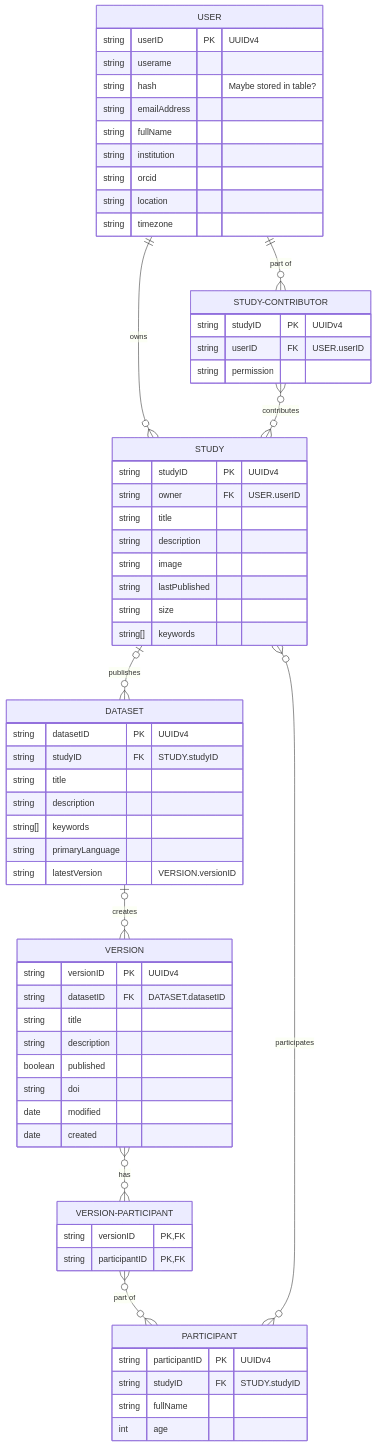
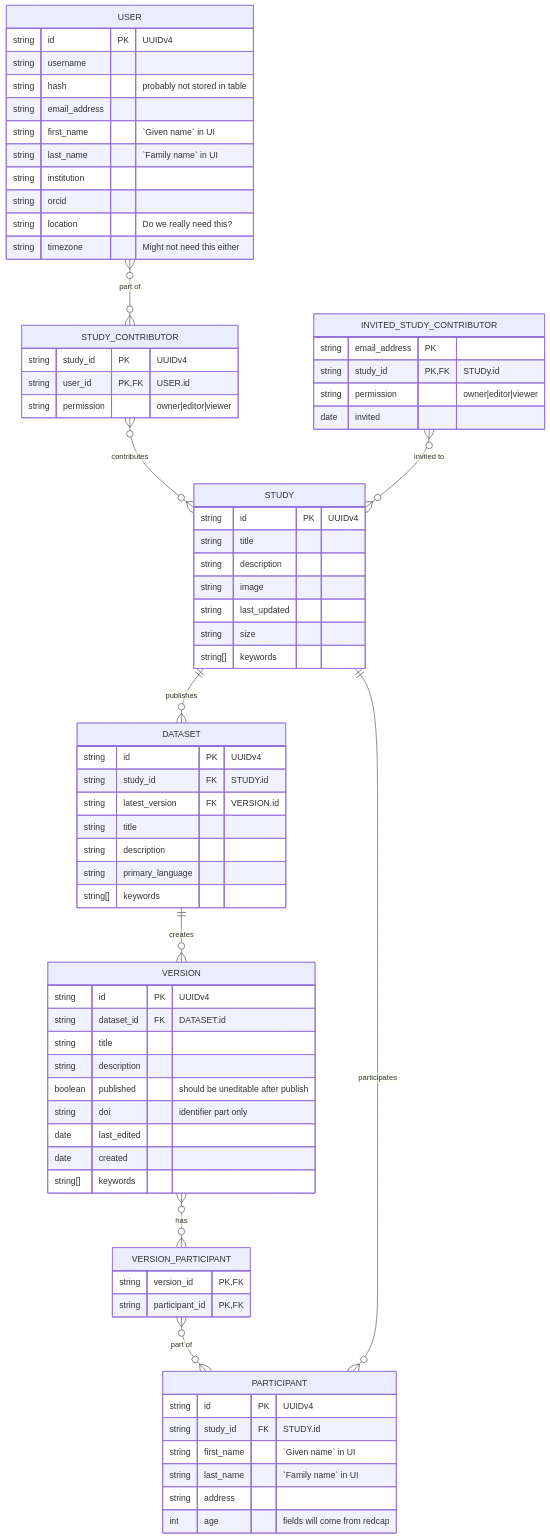
Before and after one commit to AI-READI/fairhub-developer: the diagram in docs/database/class-diagram.md, drawn with Mermaid. The commit also changed other lines of this file, not shown here.

Commit message:
feat: update er diagram

````diff
--- a/docs/database/class-diagram.md
+++ b/docs/database/class-diagram.md
@@ -11,73 +11,83 @@
 ```mermaid
 erDiagram
     STUDY{
-        string studyID PK "UUIDv4"
-        string owner FK "USER.userID"
+        string id PK "UUIDv4"
         string title
-        string description
+        string description 
         string image
-        string lastPublished
+        string last_updated
         string size
         string[] keywords
     }
 
     USER{
-        string userID PK "UUIDv4"
-        string userame
-        string hash "Maybe stored in table?"
-        string emailAddress
-        string fullName
+        string id PK "UUIDv4"
+        string username
+        string hash "probably not stored in table"
+        string email_address
+        string first_name "`Given name` in UI"
+        string last_name "`Family name` in UI"
         string institution
         string orcid
-        string location
-        string timezone
+        string location "Do we really need this?"
+        string timezone "Might not need this either"
     }
 
-    STUDY-CONTRIBUTOR{
-        string studyID PK "UUIDv4"
-        string userID FK "USER.userID"
-        string permission
+    STUDY_CONTRIBUTOR{
+        string study_id PK "UUIDv4"
+        string user_id PK,FK "USER.id"
+        string permission "owner|editor|viewer"
+    }
+
+    INVITED_STUDY_CONTRIBUTOR{
+        string email_address PK
+        string study_id PK,FK "STUDy.id"
+        string permission "owner|editor|viewer"
+        date invited 
     }
 
     PARTICIPANT{
-        string participantID PK "UUIDv4"
-        string studyID FK "STUDY.studyID"
-        string fullName
-        int age
+        string id PK "UUIDv4" 
+        string study_id FK "STUDY.id"
+        string first_name "`Given name` in UI"
+        string last_name "`Family name` in UI"
+        string address
+        int age "fields will come from redcap"
     }
 
     DATASET{
-        string datasetID PK "UUIDv4"
-        string studyID FK "STUDY.studyID"
+        string id PK "UUIDv4"
+        string study_id FK "STUDY.id"
+        string latest_version FK "VERSION.id"
         string title
         string description
+        string primary_language
         string[] keywords
-        string primaryLanguage
-        string latestVersion "VERSION.versionID"
     }
 
     VERSION{
-        string versionID PK "UUIDv4"
-        string datasetID FK "DATASET.datasetID"
+        string id PK "UUIDv4"
+        string dataset_id FK "DATASET.id"
         string title
         string description
-        boolean published
-        string doi
-        date modified
+        boolean published "should be uneditable after publish"
+        string doi "identifier part only"
+        date last_edited
         date created
+        string[] keywords
     }
 
-    VERSION-PARTICIPANT{
-        string versionID PK,FK
-        string participantID PK,FK
+     VERSION_PARTICIPANT{
+        string version_id PK,FK
+        string participant_id PK,FK
     }
 
-    USER ||--o{ STUDY : owns
-    USER ||--o{ STUDY-CONTRIBUTOR : "part of"
-    STUDY-CONTRIBUTOR }o--o{ STUDY : contributes
-    PARTICIPANT }o--o{ STUDY : participates
-    VERSION }o--o{ VERSION-PARTICIPANT : has
-    VERSION-PARTICIPANT }o--o{ PARTICIPANT : "part of"
-    STUDY |o--o{ DATASET : publishes
-    DATASET |o--o{ VERSION : creates
+    USER }o--o{ STUDY_CONTRIBUTOR : "part of"
+    STUDY_CONTRIBUTOR }o--o{ STUDY : contributes
+    INVITED_STUDY_CONTRIBUTOR }o--o{ STUDY : "invited to"
+    PARTICIPANT }o--|| STUDY : participates
+    VERSION }o--o{ VERSION_PARTICIPANT : has
+    VERSION_PARTICIPANT }o--o{ PARTICIPANT : "part of"
+    STUDY ||--o{ DATASET : publishes
+    DATASET ||--o{ VERSION : creates
 ```
````
